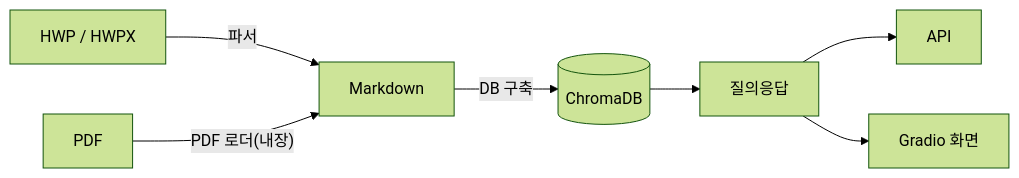
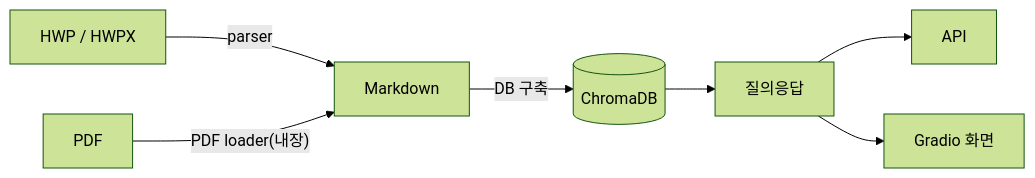
Before and after one commit to adover134/hierarchical-md-rag: the diagram in README.md, drawn with Mermaid (forest theme). The commit also changed other lines of this file and 24 other files, not shown here.

````diff
--- a/README.md
+++ b/README.md
@@ -11,9 +11,9 @@
 ```mermaid
 flowchart LR
-    H["HWP / HWPX"] -->|"파서"| M["Markdown"]
-    P["PDF"] -->|"PDF 로더(내장)"| M
+    H["HWP / HWPX"] -->|"parser"| M["Markdown"]
+    P["PDF"] -->|"PDF loader(내장)"| M
     M -->|"DB 구축"| D[("ChromaDB")]
     D --> R["질의응답"]
     R --> API["API"]
     R --> G["Gradio 화면"]
 ```
````
